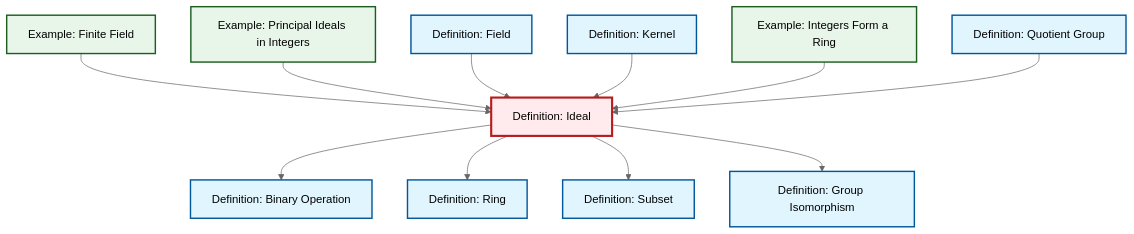
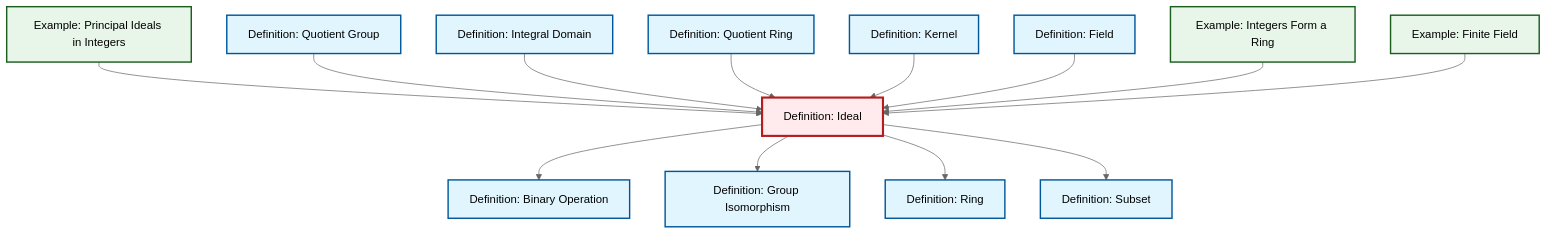
Before and after one commit to RK0429/ModernMath: the diagram in content/en/algebra/def-ideal.qmd, drawn with Mermaid (neutral theme). The commit also changed other lines of this file and 597 other files, not shown here.

````diff
--- a/content/en/algebra/def-ideal.qmd
+++ b/content/en/algebra/def-ideal.qmd
@@ -80,41 +82,47 @@
 ```{mermaid}
 %%| fig-cap: "Local dependency graph"
 graph TD
     classDef definition fill:#e1f5fe,stroke:#01579b,stroke-width:2px
     classDef theorem fill:#f3e5f5,stroke:#4a148c,stroke-width:2px
     classDef axiom fill:#fff3e0,stroke:#e65100,stroke-width:2px
     classDef example fill:#e8f5e9,stroke:#1b5e20,stroke-width:2px
     classDef current fill:#ffebee,stroke:#b71c1c,stroke-width:3px
-    def-binary-operation["Definition: Binary Operation"]:::definition
     def-subset["Definition: Subset"]:::definition
-    def-ring["Definition: Ring"]:::definition
     ex-finite-field["Example: Finite Field"]:::example
-    def-quotient-group["Definition: Quotient Group"]:::definition
+    def-integral-domain["Definition: Integral Domain"]:::definition
     def-ideal["Definition: Ideal"]:::definition
     def-isomorphism["Definition: Group Isomorphism"]:::definition
+    ex-principal-ideal["Example: Principal Ideals in Integers"]:::example
+    def-quotient-ring["Definition: Quotient Ring"]:::definition
+    def-ring["Definition: Ring"]:::definition
     def-kernel["Definition: Kernel"]:::definition
-    ex-principal-ideal["Example: Principal Ideals in Integers"]:::example
+    def-field["Definition: Field"]:::definition
+    def-quotient-group["Definition: Quotient Group"]:::definition
     ex-integers-ring["Example: Integers Form a Ring"]:::example
-    def-field["Definition: Field"]:::definition
+    def-binary-operation["Definition: Binary Operation"]:::definition
+    ex-principal-ideal --> def-ideal
+    def-quotient-group --> def-ideal
+    def-ideal --> def-binary-operation
+    def-ideal --> def-isomorphism
+    def-integral-domain --> def-ideal
+    def-quotient-ring --> def-ideal
+    def-kernel --> def-ideal
+    def-ideal --> def-ring
+    def-field --> def-ideal
+    ex-integers-ring --> def-ideal
     ex-finite-field --> def-ideal
-    def-ideal --> def-binary-operation
-    ex-principal-ideal --> def-ideal
-    def-field --> def-ideal
-    def-ideal --> def-ring
-    def-kernel --> def-ideal
-    ex-integers-ring --> def-ideal
-    def-quotient-group --> def-ideal
     def-ideal --> def-subset
-    def-ideal --> def-isomorphism
     class def-ideal current
+    click def-subset "def-subset.html" "Go to Subset definition"
+    click ex-finite-field "ex-finite-field.html" "Go to Finite Field example"
+    click def-integral-domain "def-integral-domain.html" "Go to Integral Domain definition"
+    click def-isomorphism "def-isomorphism.html" "Go to Group Isomorphism definition"
+    click ex-principal-ideal "ex-principal-ideal.html" "Go to Principal Ideals in Integers example"
+    click def-quotient-ring "def-quotient-ring.html" "Go to Quotient Ring definition"
+    click def-ring "def-ring.html" "Go to Ring definition"
+    click def-kernel "def-kernel.html" "Go to Kernel definition"
+    click def-field "def-field.html" "Go to Field definition"
+    click def-quotient-group "def-quotient-group.html" "Go to Quotient Group definition"
+    click ex-integers-ring "ex-integers-ring.html" "Go to Integers Form a Ring example"
     click def-binary-operation "def-binary-operation.html" "Go to Binary Operation definition"
-    click def-subset "def-subset.html" "Go to Subset definition"
-    click def-ring "def-ring.html" "Go to Ring definition"
-    click ex-finite-field "ex-finite-field.html" "Go to Finite Field example"
-    click def-quotient-group "def-quotient-group.html" "Go to Quotient Group definition"
-    click def-isomorphism "def-isomorphism.html" "Go to Group Isomorphism definition"
-    click def-kernel "def-kernel.html" "Go to Kernel definition"
-    click ex-principal-ideal "ex-principal-ideal.html" "Go to Principal Ideals in Integers example"
-    click ex-integers-ring "ex-integers-ring.html" "Go to Integers Form a Ring example"
-    click def-field "def-field.html" "Go to Field definition"
 ```
````
